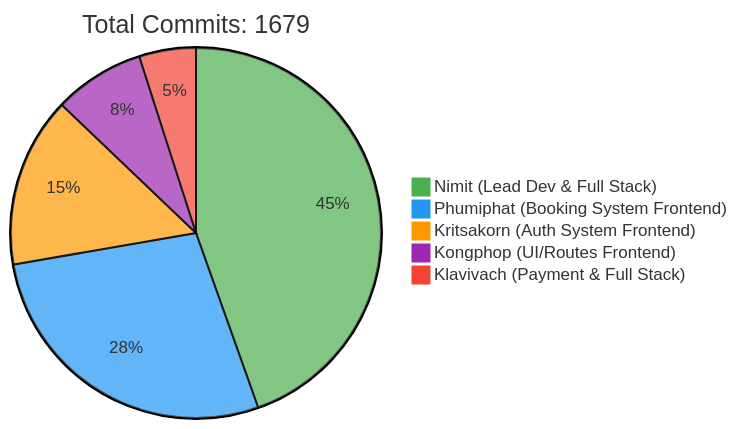
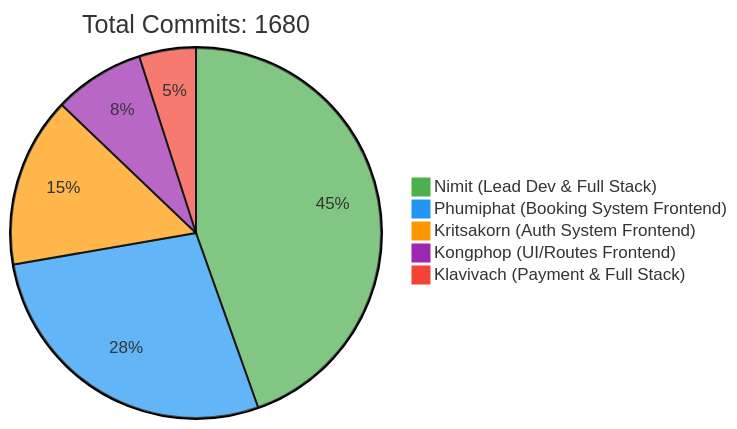
One commit to 6531503042/Sport-Complex changed the first of 2 diagrams in README.md. Above: the diagram before and after it, drawn with Mermaid. The commit also changed other lines of this file, not shown here.

Commit message:
docs: Update contributor statistics [skip ci]

````diff
--- a/README.md
+++ b/README.md
@@ -257,10 +257,10 @@
 ```mermaid
 %%{init: {'theme': 'base', 'themeVariables': { 'pie1': '#4CAF50', 'pie2': '#2196F3', 'pie3': '#FF9800', 'pie4': '#9C27B0', 'pie5': '#F44336'}}}%%
 pie
-    title Total Commits: 1679
+    title Total Commits: 1680
     "Nimit (Lead Dev & Full Stack)" : 450
     "Phumiphat (Booking System Frontend)" : 280
     "Kritsakorn (Auth System Frontend)" : 150
     "Kongphop (UI/Routes Frontend)" : 80
     "Klavivach (Payment & Full Stack)" : 50
 ```
````
